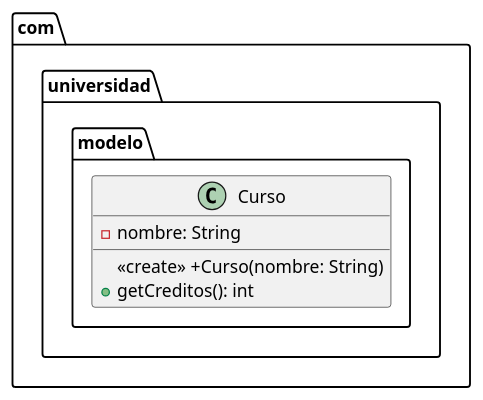
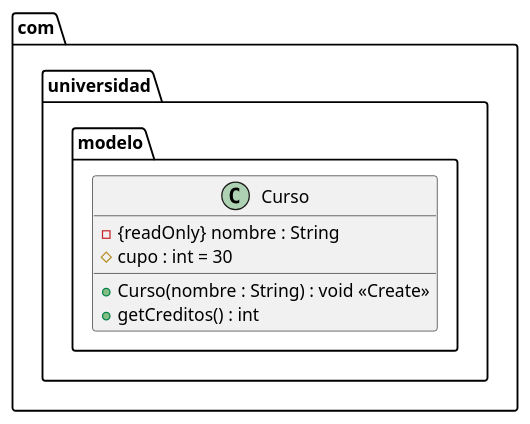
One commit to Pololo06/ProyectParser changed the second of 3 diagrams in docs/flujo-3-fases.md. Above: the diagram before and after it, drawn with PlantUML. The commit also changed other lines of this file and 11 other files, not shown here.

````diff
--- a/docs/flujo-3-fases.md
+++ b/docs/flujo-3-fases.md
@@ -118,9 +119,10 @@
   ```plantuml
-  package "com.universidad.modelo" {
+  package com.universidad.modelo {
     class Curso {
-      -nombre: String
-      «create» +Curso(nombre: String)
-      +getCreditos(): int
+      -  {readOnly} nombre : String
+      #  cupo : int = 30
+      +  Curso(nombre : String) : void <<Create>>
+      +  getCreditos() : int
     }
   }
   ```
````
